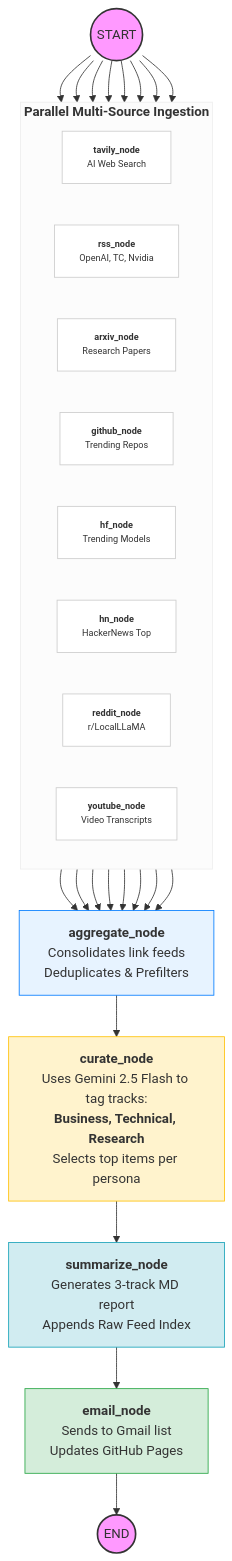
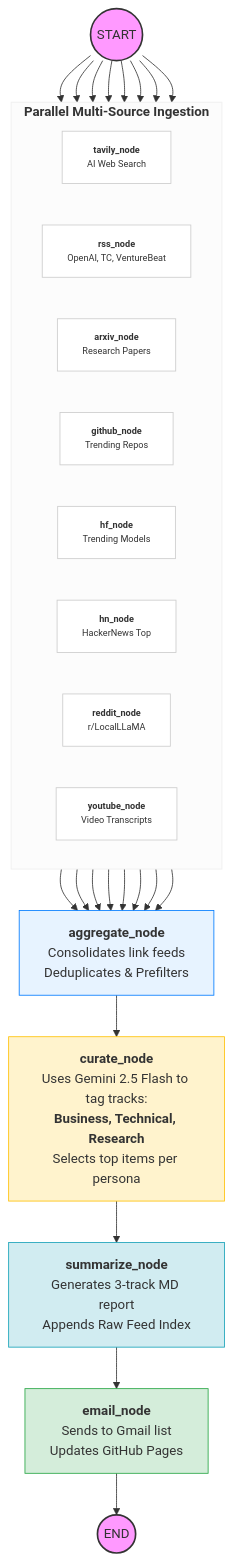
One commit to shubhamshardul-work/Projects changed the diagram in README.md. Above: the diagram before and after it, drawn with Mermaid.

````diff
--- a/README.md
+++ b/README.md
@@ -31,54 +31,54 @@
 ```mermaid
 flowchart TD
     %% Start Node
     START((START))
 
     %% Data Ingestion Layer (Fan-Out)
     subgraph Ingestion [<b>Parallel Multi-Source Ingestion</b>]
         direction LR
         tavily["<b>tavily_node</b><br/>AI Web Search"]
-        rss["<b>rss_node</b><br/>OpenAI, TC, Nvidia"]
+        rss["<b>rss_node</b><br/>OpenAI, TC, VentureBeat"]
         arxiv["<b>arxiv_node</b><br/>Research Papers"]
         github["<b>github_node</b><br/>Trending Repos"]
         hf["<b>hf_node</b><br/>Trending Models"]
         hn["<b>hn_node</b><br/>HackerNews Top"]
         reddit["<b>reddit_node</b><br/>r/LocalLLaMA"]
         youtube["<b>youtube_node</b><br/>Video Transcripts"]
     end
 
     %% Explicit Parallel Connections
     START --> tavily
     START --> rss
     START --> arxiv
     START --> github
     START --> hf
     START --> hn
     START --> reddit
     START --> youtube
 
     %% Fan-In to Aggregator
     tavily & rss & arxiv & github & hf & hn & reddit & youtube --> AGG["<b>aggregate_node</b><br/>Consolidates link feeds<br/>Deduplicates & Prefilters"]
     
     %% Downstream Processing
     AGG --> CURATE["<b>curate_node</b><br/>Uses Gemini 2.5 Flash to tag tracks:<br/><b>Business, Technical, Research</b><br/>Selects top items per persona"]
     
     CURATE --> SUMM["<b>summarize_node</b><br/>Generates 3-track MD report<br/>Appends Raw Feed Index"]
     
     %% Distribution
     SUMM --> EMAIL["<b>email_node</b><br/>Sends to Gmail list<br/>Updates GitHub Pages"]
     
     EMAIL --> END((END))
 
     %% Professional Styling
     style START fill:#f9f,stroke:#333,stroke-width:2px
     style END fill:#f9f,stroke:#333,stroke-width:2px
     style Ingestion fill:#fcfcfc,stroke:#eee
     style AGG fill:#e7f3ff,stroke:#007bff
     style CURATE fill:#fff3cd,stroke:#ffc107
     style SUMM fill:#d1ecf1,stroke:#17a2b8
     style EMAIL fill:#d4edda,stroke:#28a745
 
     %% Node internal styling
     classDef ingestionNode fill:#fff,stroke:#ccc,font-size:11px;
     class tavily,rss,arxiv,github,hf,hn,reddit,youtube ingestionNode;
 ```
````
